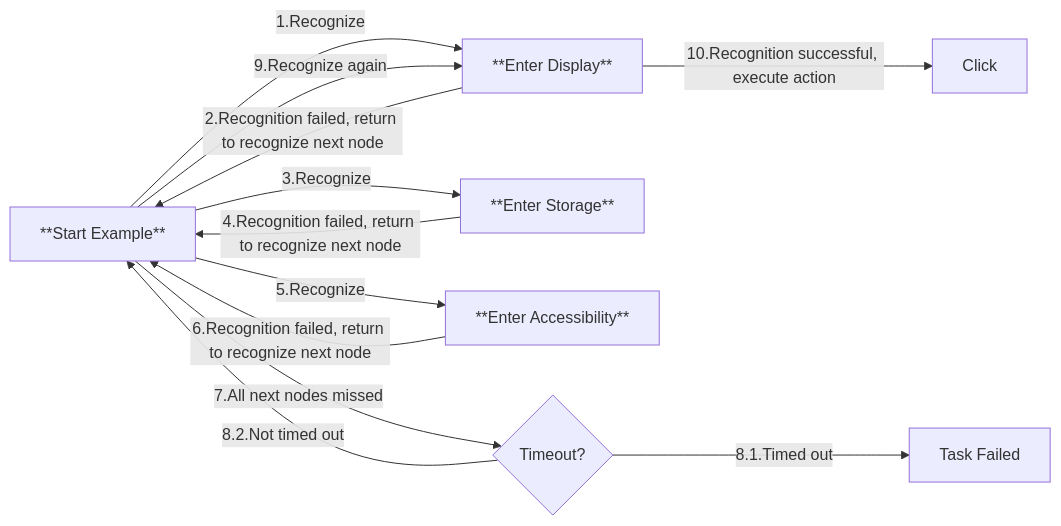
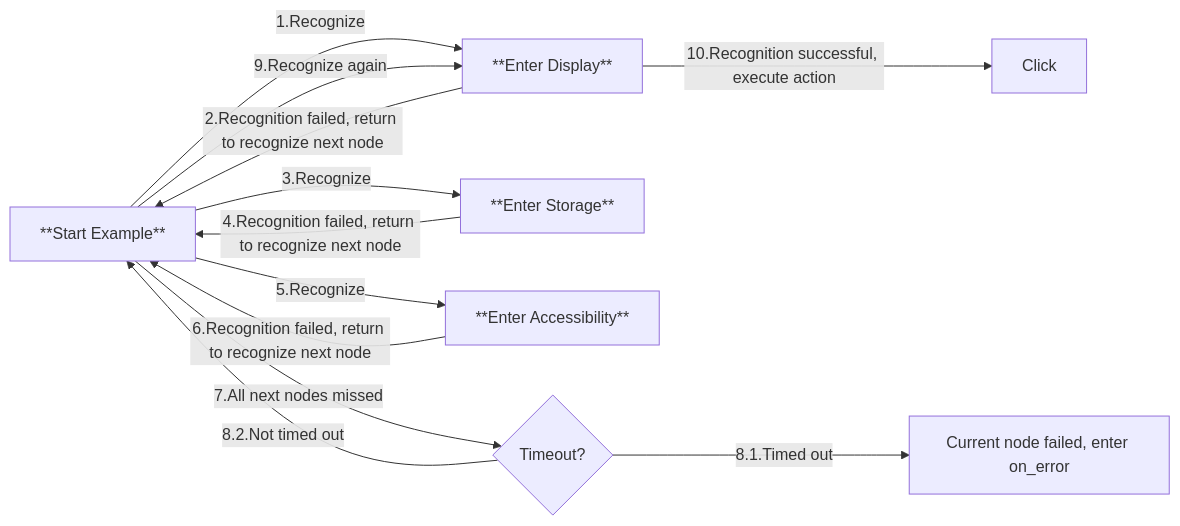
The second of 4 diagrams in docs/en_us/3.1-PipelineProtocol.md (MaaXYZ/MaaFramework), drawn with Mermaid before and after one commit. The commit also changed other lines of this file and 1 other file, not shown here.

````diff
--- a/docs/en_us/3.1-PipelineProtocol.md
+++ b/docs/en_us/3.1-PipelineProtocol.md
@@ -113,14 +115,14 @@
 ```mermaid
     graph LR
         A[**Start Example**] -->|1.Recognize| B[**Enter Display**]
         B -->|2.Recognition failed, return to recognize next node| A
         A -->|3.Recognize| Y[**Enter Storage**]
         Y -->|4.Recognition failed, return to recognize next node| A
         A -->|5.Recognize| Z[**Enter Accessibility**]
         Z -->|6.Recognition failed, return to recognize next node| A
         A -->|7.All next nodes missed| E{Timeout?}
-        E -->|8.1.Timed out| ZA[Task Failed]
+        E -->|8.1.Timed out| ZA[Current node failed, enter on_error]
         E -->|8.2.Not timed out| A
         A -->|9.Recognize again| B
         B -->|10.Recognition successful, execute action| F[Click]
 ```
````
